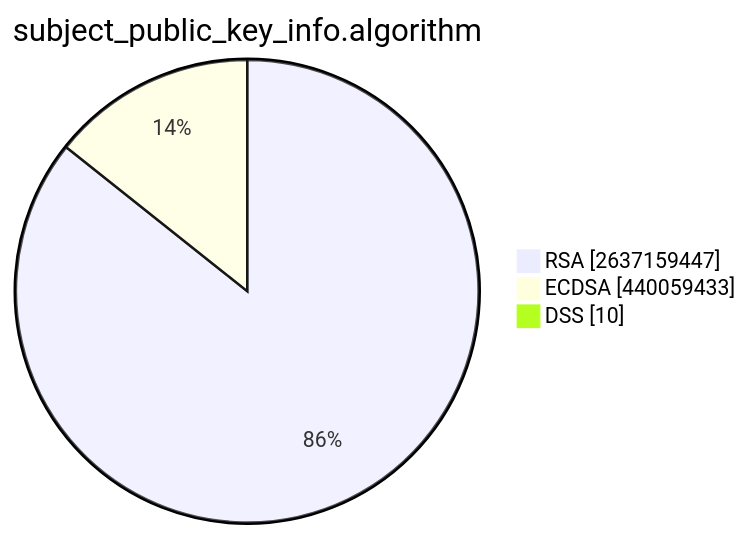
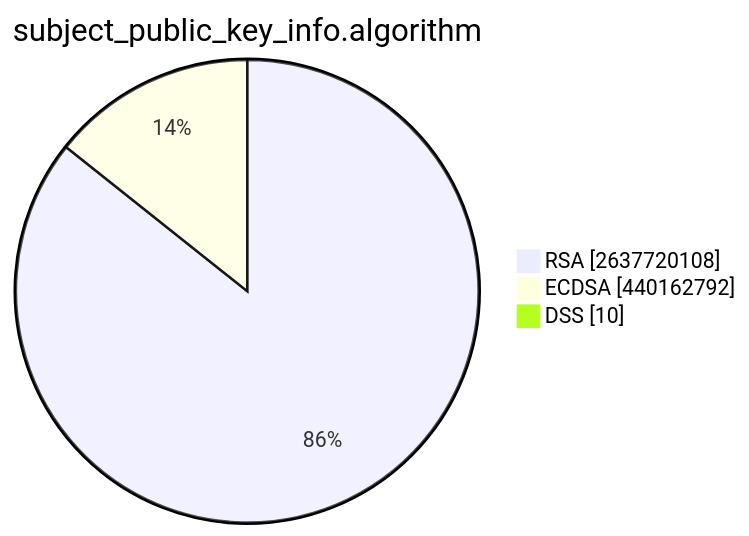
The second of 15 diagrams in TOTAL/README.md (christiankrug/ctmonitor_visualization), drawn with Mermaid before and after one commit. The commit also changed other lines of this file, not shown here.

````diff
--- a/TOTAL/README.md
+++ b/TOTAL/README.md
@@ -6,7 +6,7 @@
 ```mermaid
 pie showData
 title subject_public_key_info.algorithm
-"RSA" :2637159447
-"ECDSA" :440059433
+"RSA" :2637720108
+"ECDSA" :440162792
 "DSS" :10
 ```
````
